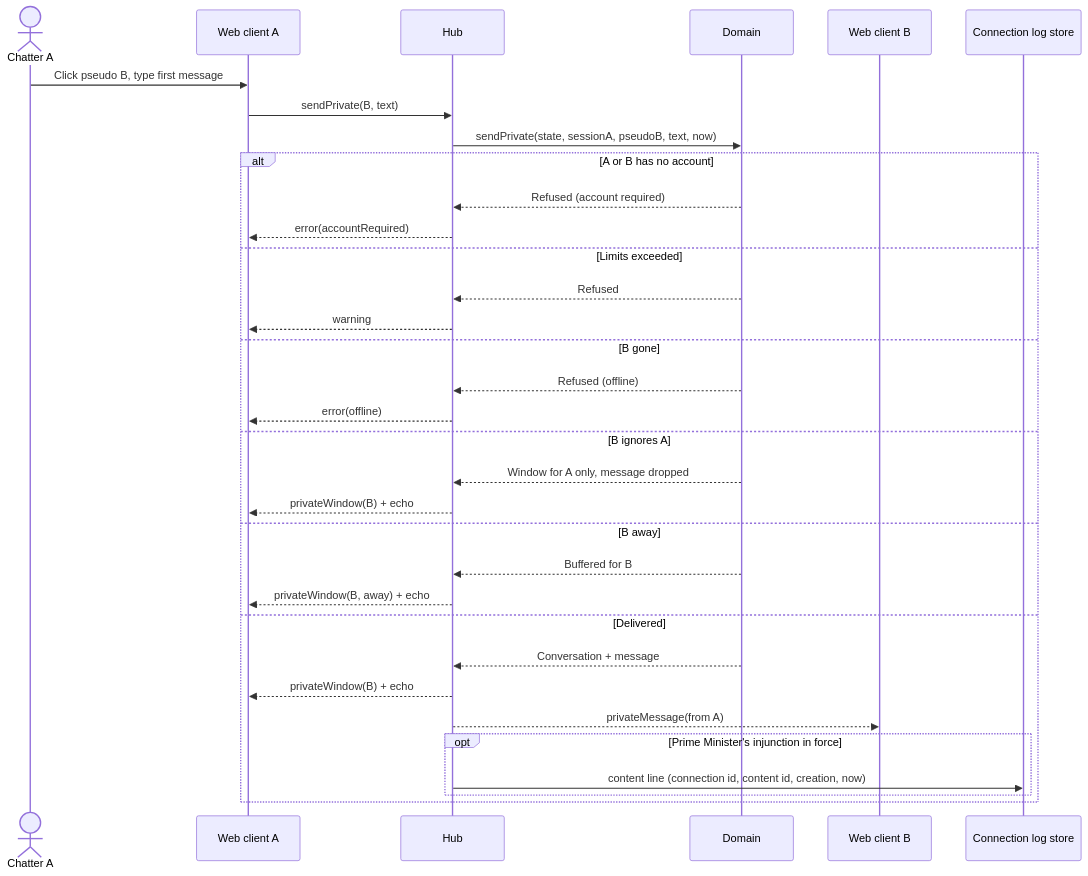
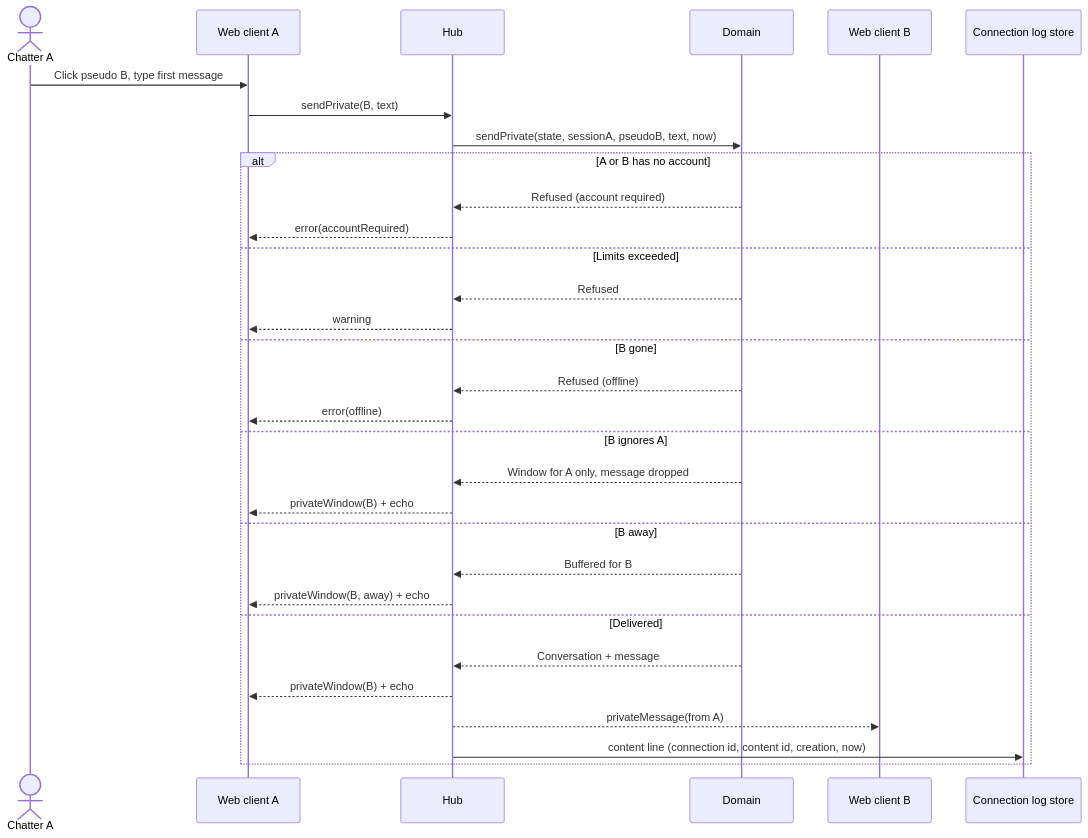
One commit to benoit-bremaud/asv changed the diagram in docs/architecture/diagrams/private-conversations/02-sequence-open-and-reply.md. Above: the diagram before and after it, drawn with Mermaid. The commit also changed other lines of this file and 16 other files, not shown here.

````diff
--- a/docs/architecture/diagrams/private-conversations/02-sequence-open-and-reply.md
+++ b/docs/architecture/diagrams/private-conversations/02-sequence-open-and-reply.md
@@ -15,35 +15,33 @@
 ```mermaid
 sequenceDiagram
   actor A as Chatter A
   participant WA as Web client A
   participant H as Hub
   participant D as Domain
   participant WB as Web client B
   participant L as Connection log store
   A->>WA: Click pseudo B, type first message
   WA->>H: sendPrivate(B, text)
   H->>D: sendPrivate(state, sessionA, pseudoB, text, now)
   alt A or B has no account
     D-->>H: Refused (account required)
     H-->>WA: error(accountRequired)
   else Limits exceeded
     D-->>H: Refused
     H-->>WA: warning
   else B gone
     D-->>H: Refused (offline)
     H-->>WA: error(offline)
   else B ignores A
     D-->>H: Window for A only, message dropped
     H-->>WA: privateWindow(B) + echo
   else B away
     D-->>H: Buffered for B
     H-->>WA: privateWindow(B, away) + echo
   else Delivered
     D-->>H: Conversation + message
     H-->>WA: privateWindow(B) + echo
     H-->>WB: privateMessage(from A)
-    opt Prime Minister's injunction in force
-      H->>L: content line (connection id, content id, creation, now)
-    end
+    H->>L: content line (connection id, content id, creation, now)
   end
 ```
````
